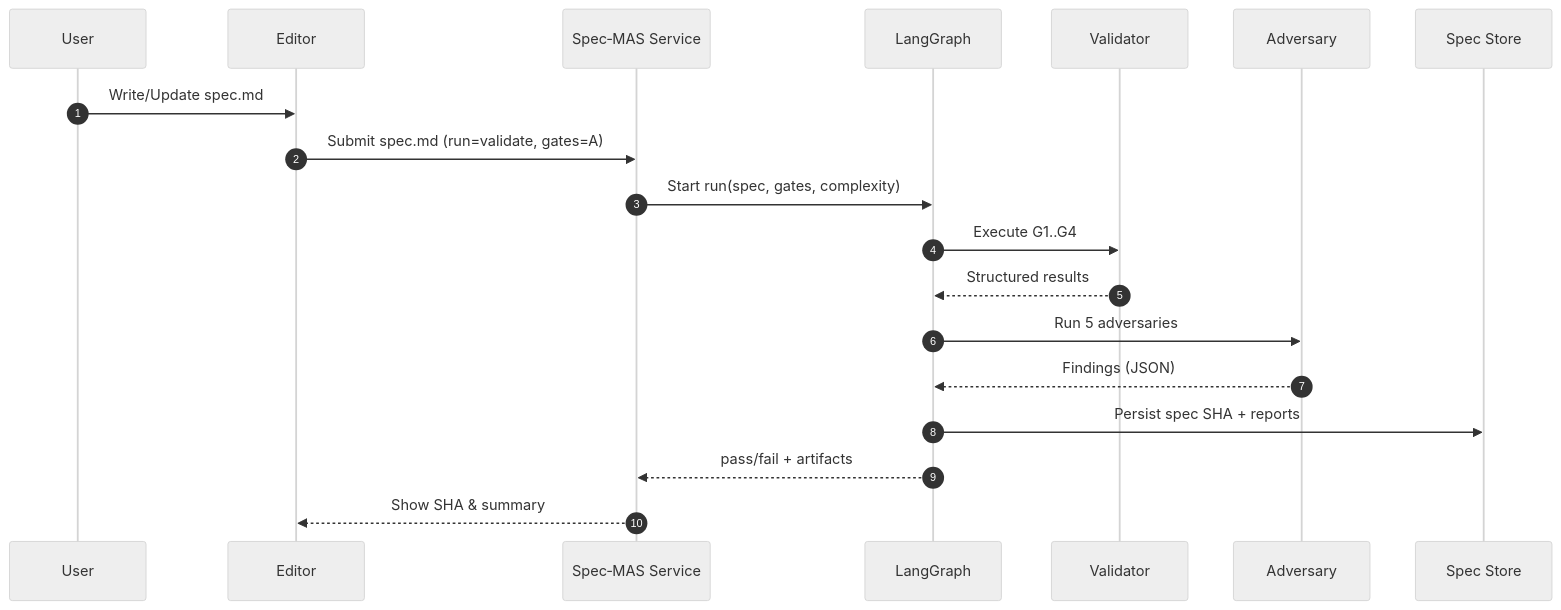
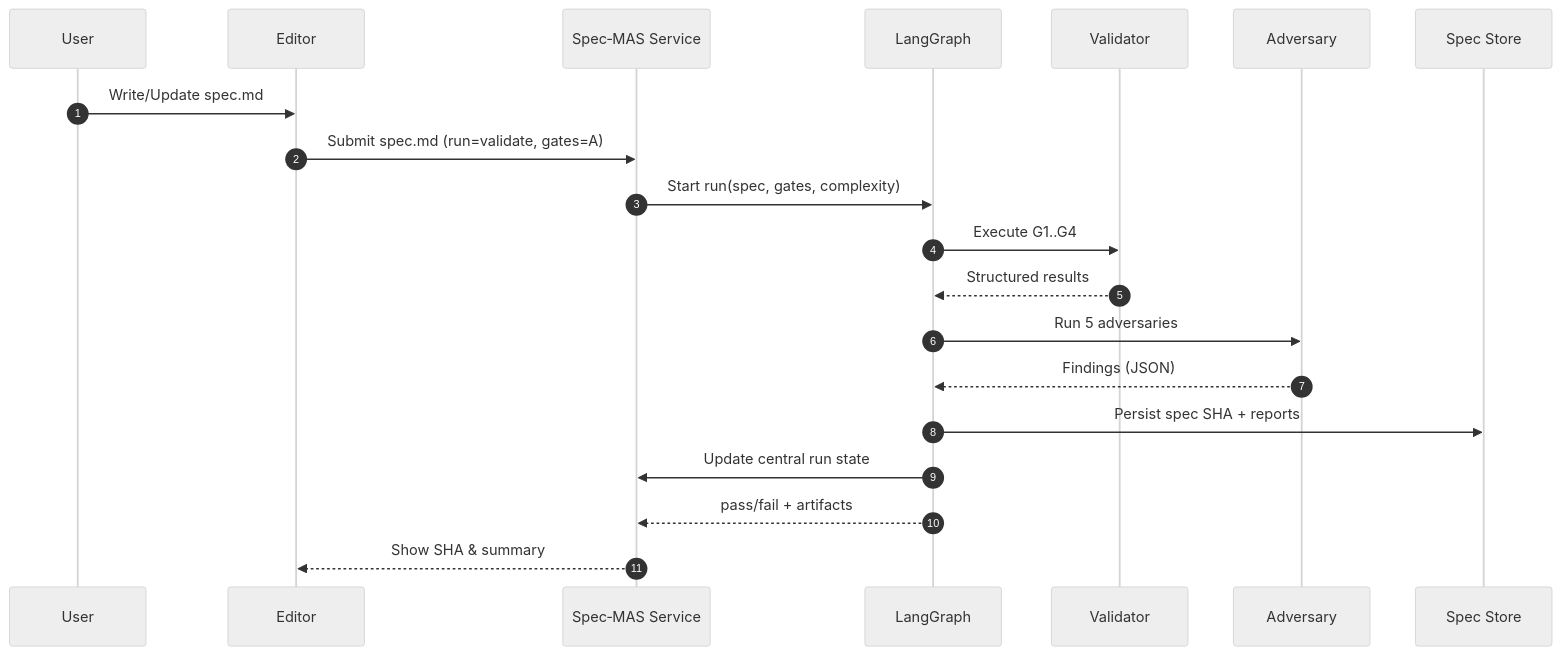
One commit to chrisbrobertson/spec-mas changed the second of 3 diagrams in specs/spec-mas-v3-definition.md. Above: the diagram before and after it, drawn with Mermaid (neutral theme). The commit also changed other lines of this file and 2 other files, not shown here.

````diff
--- a/specs/spec-mas-v3-definition.md
+++ b/specs/spec-mas-v3-definition.md
@@ -237,22 +239,23 @@
 ```mermaid
 sequenceDiagram
   autonumber
   participant User
   participant Editor
   participant Service as Spec‑MAS Service
   participant Graph as LangGraph
   participant Validator
   participant Adversary
   participant Store as Spec Store
 
   User->>Editor: Write/Update spec.md
   Editor->>Service: Submit spec.md (run=validate, gates=A)
   Service->>Graph: Start run(spec, gates, complexity)
   Graph->>Validator: Execute G1..G4
   Validator-->>Graph: Structured results
   Graph->>Adversary: Run 5 adversaries
   Adversary-->>Graph: Findings (JSON)
   Graph->>Store: Persist spec SHA + reports
+  Graph->>Service: Update central run state
   Graph-->>Service: pass/fail + artifacts
   Service-->>Editor: Show SHA & summary
 ```
````
